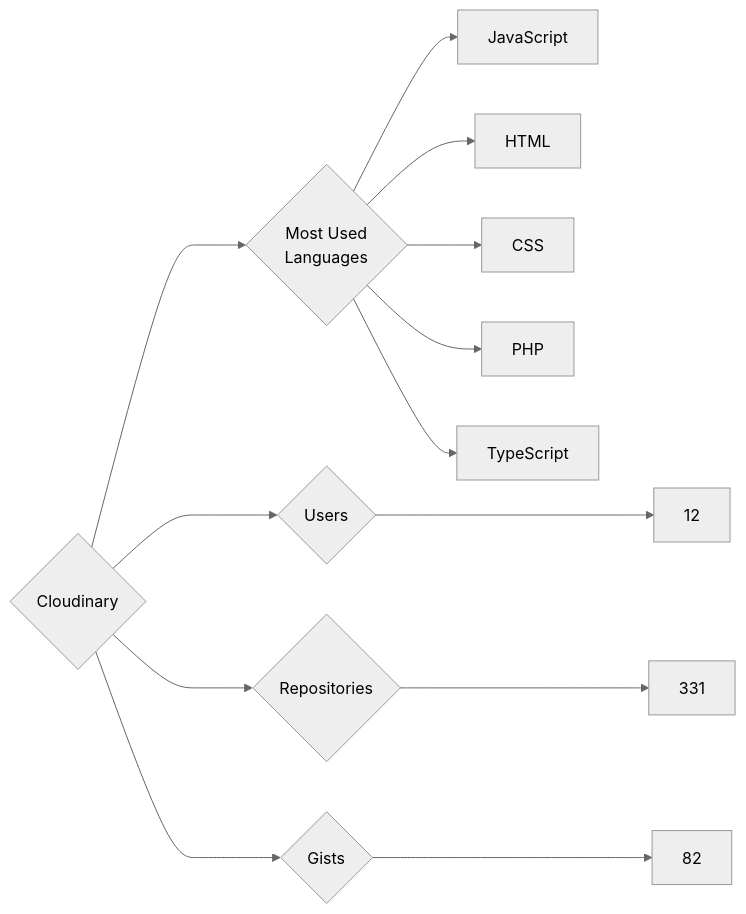
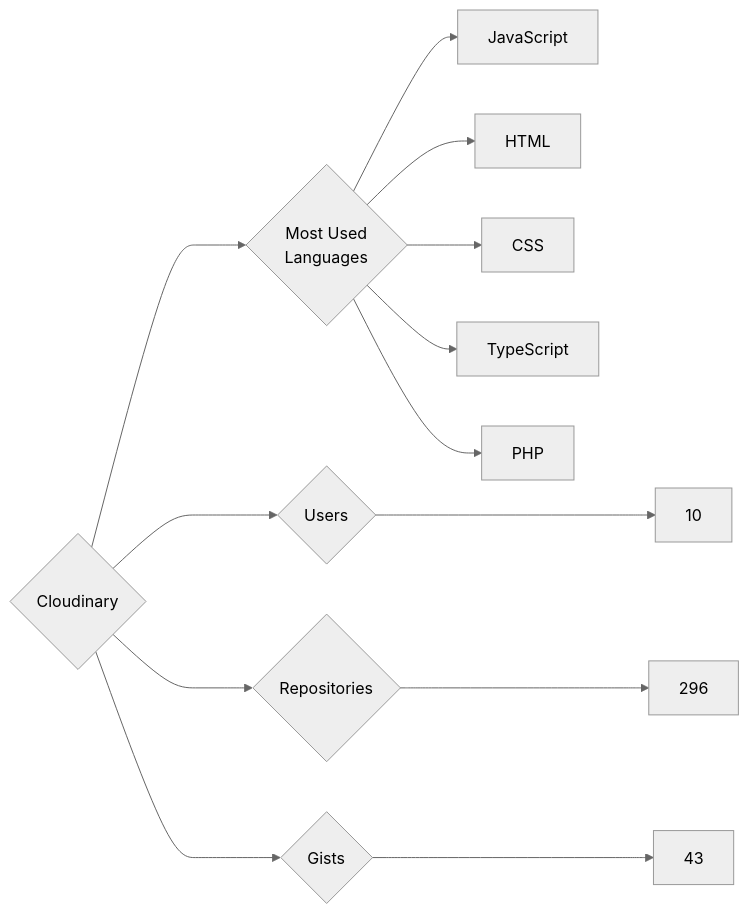
One commit to trickest/insiders changed the diagram in targets/Cloudinary/README.md. Above: the diagram before and after it, drawn with Mermaid (neutral theme). The commit also changed 934 other files, not shown here.

````diff
--- a/targets/Cloudinary/README.md
+++ b/targets/Cloudinary/README.md
@@ -3,13 +3,13 @@
 ```mermaid
 graph LR
 COMPANY_NAME{Cloudinary}
-COMPANY_NAME ---> U{Users} ---> UN[12]
-COMPANY_NAME ---> R{Repositories} ---> RN[331]
-COMPANY_NAME ---> G{Gists} ---> GN[82]
+COMPANY_NAME ---> U{Users} ---> UN[10]
+COMPANY_NAME ---> R{Repositories} ---> RN[296]
+COMPANY_NAME ---> G{Gists} ---> GN[43]
 COMPANY_NAME ---> ML{Most Used<br>Languages}
 ML --> JavaScript[JavaScript]
 ML --> HTML[HTML]
 ML --> CSS[CSS]
+ML --> TypeScript[TypeScript]
 ML --> PHP[PHP]
-ML --> TypeScript[TypeScript]
 ```
````
